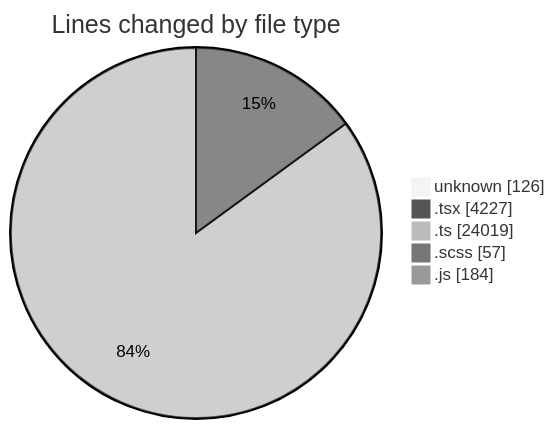
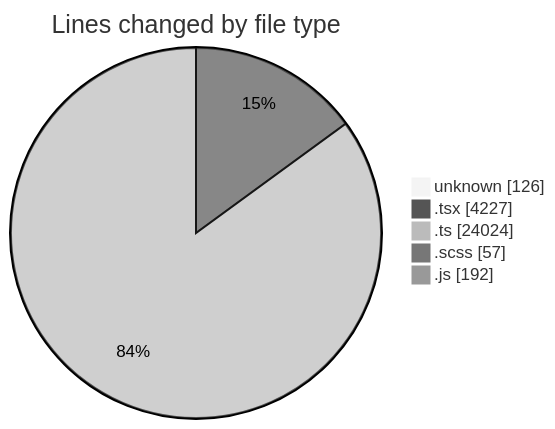
Before and after one commit to momahboobian/code-tracking: the first of 2 diagrams in 2026-09-23/cda/README.md, drawn with Mermaid (neutral theme). The commit also changed other lines of this file and 1 other file, not shown here.

````diff
--- a/2026-09-23/cda/README.md
+++ b/2026-09-23/cda/README.md
@@ -54,9 +54,9 @@
 ```mermaid
 pie showData
 title Lines changed by file type
 "unknown" : 126
 ".tsx" : 4227
-".ts" : 24019
+".ts" : 24024
 ".scss" : 57
-".js" : 184
+".js" : 192
 ```
````
